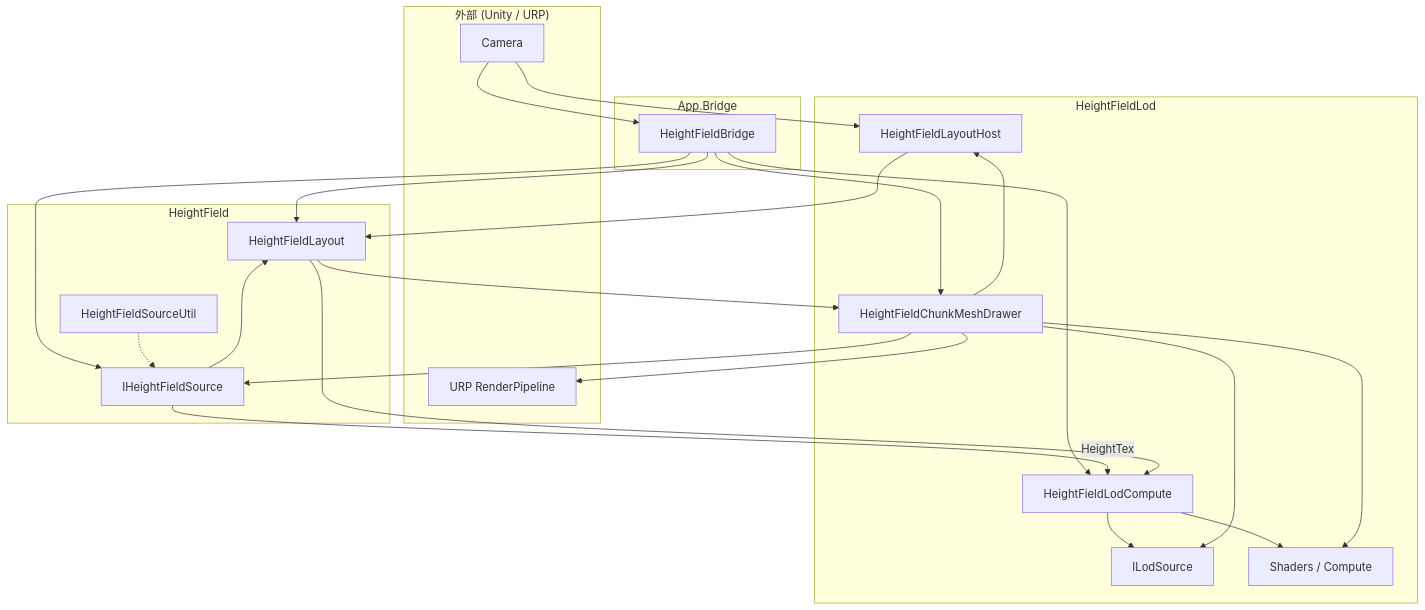
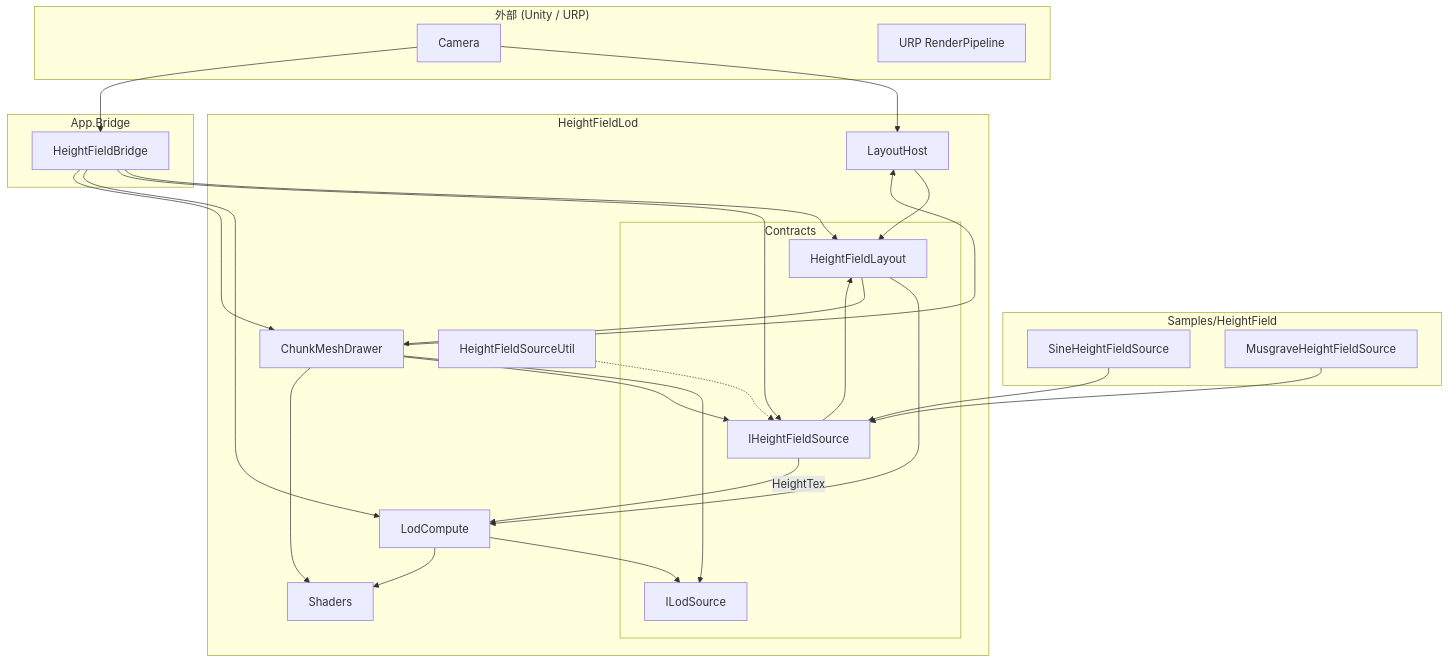
Before and after one commit to nobnak/urp-heightfield-lod: the diagram in Doc/heightfield-lod-layered-design.ja.md, drawn with Mermaid. The commit also changed other lines of this file and 36 other files, not shown here.

First line of the commit message:
Reorganize assemblies: contracts in HeightFieldLod, samples in Samples/HeightField.

````diff
--- a/Doc/heightfield-lod-layered-design.ja.md
+++ b/Doc/heightfield-lod-layered-design.ja.md
@@ -73,45 +66,50 @@
 ```mermaid
 flowchart TB
   subgraph external["外部 (Unity / URP)"]
     CAM[Camera]
     URP[URP RenderPipeline]
   end
 
   subgraph app_bridge["App.Bridge"]
     BR[HeightFieldBridge]
   end
 
-  subgraph hf["HeightField"]
-    LAY[HeightFieldLayout]
-    IHS[IHeightFieldSource]
-    UTIL[HeightFieldSourceUtil]
+  subgraph samples["Samples/HeightField"]
+    SINE[SineHeightFieldSource]
+    MUSG[MusgraveHeightFieldSource]
   end
 
   subgraph hflod["HeightFieldLod"]
-    HOST[HeightFieldLayoutHost]
-    COMP[HeightFieldLodCompute]
-    DRAW[HeightFieldChunkMeshDrawer]
-    ILOD[ILodSource]
-    SH[Shaders / Compute]
+    subgraph contracts["Contracts"]
+      LAY[HeightFieldLayout]
+      IHS[IHeightFieldSource]
+      ILOD[ILodSource]
+    end
+    HOST[LayoutHost]
+    COMP[LodCompute]
+    DRAW[ChunkMeshDrawer]
+    UTIL[HeightFieldSourceUtil]
+    SH[Shaders]
   end
 
   CAM --> HOST
   CAM --> BR
   BR --> LAY
   BR --> IHS
   BR --> COMP
   BR --> DRAW
+  SINE --> IHS
+  MUSG --> IHS
   HOST --> LAY
   IHS --> LAY
   UTIL -.-> IHS
   IHS -->|HeightTex| COMP
   COMP --> ILOD
   DRAW --> ILOD
   DRAW --> IHS
   DRAW --> HOST
-  DRAW --> URP
   COMP --> SH
   DRAW --> SH
   LAY --> COMP
   LAY --> DRAW
 ```
````
